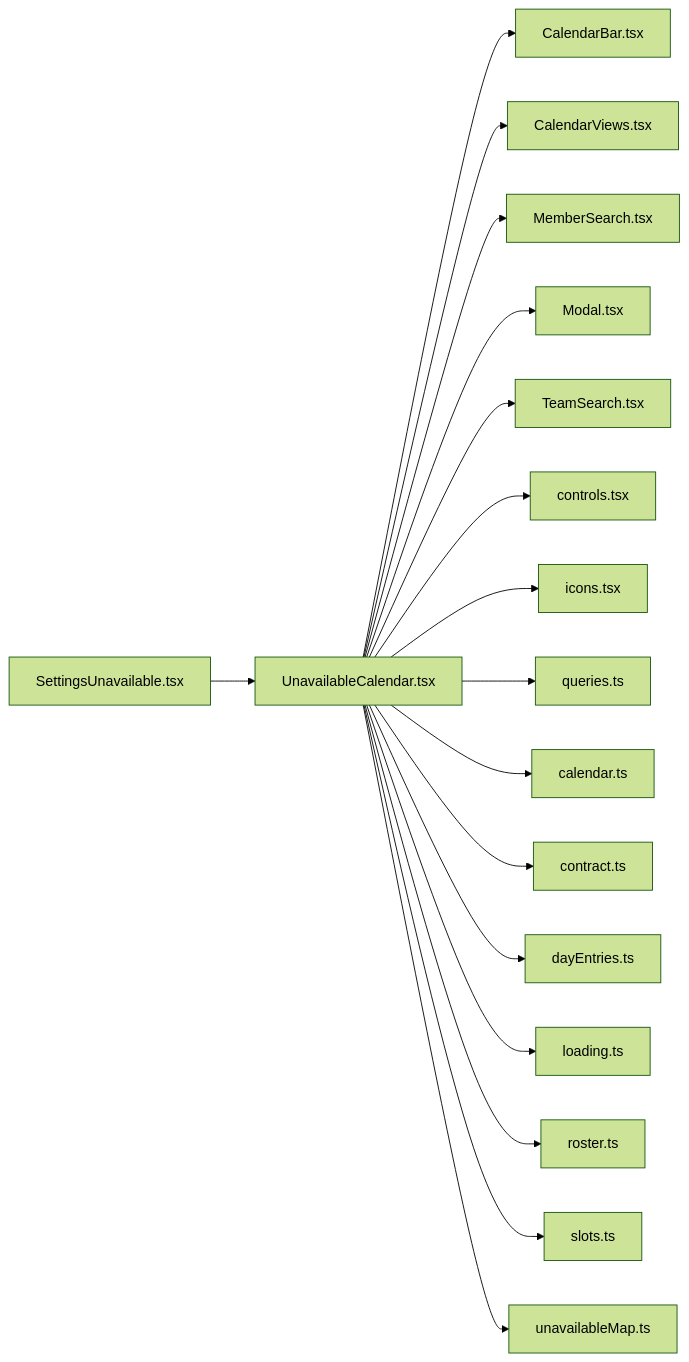
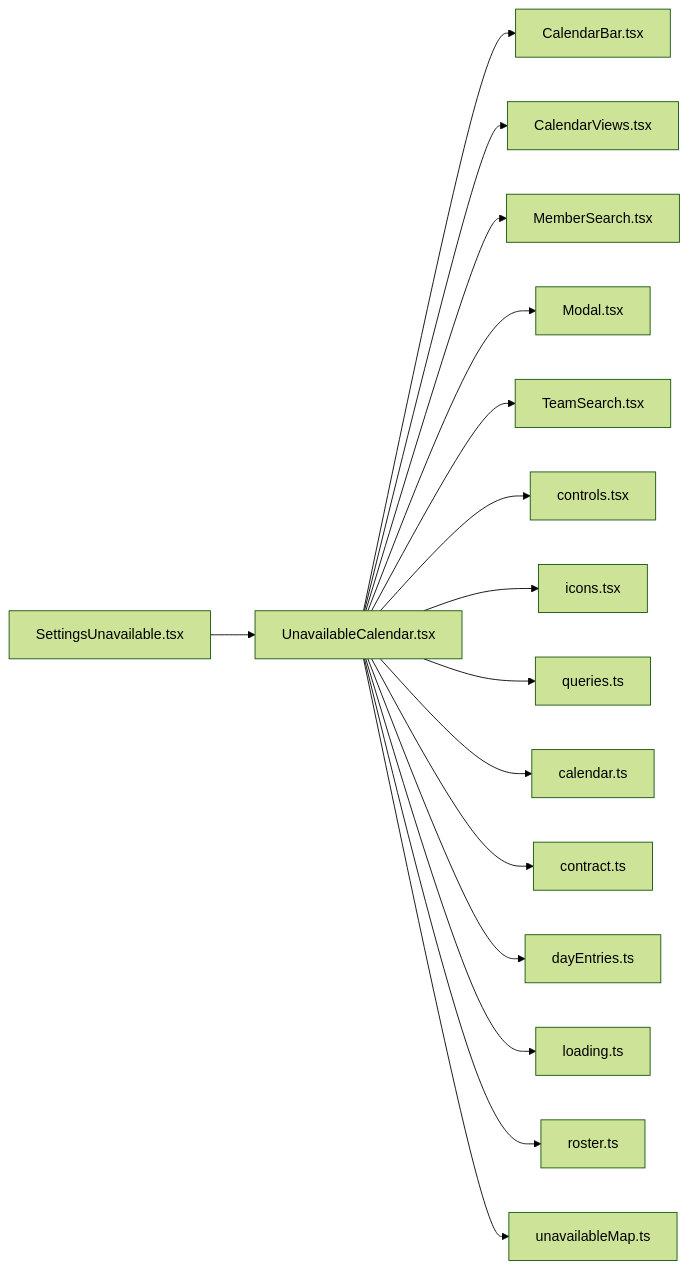
The diagram in .cluedoc/graph/frontend/src/routes/UnavailableCalendar.md (minkong-dev/Banblit), drawn with Mermaid (forest theme) before and after one commit. The commit also changed other lines of this file and 15 other files, not shown here.

First line of the commit message:
frontend: open a day timeline modal from the unavailable calendar

````diff
--- a/.cluedoc/graph/frontend/src/routes/UnavailableCalendar.md
+++ b/.cluedoc/graph/frontend/src/routes/UnavailableCalendar.md
@@ -10,20 +10,19 @@
 ```mermaid
 flowchart LR
   frontend_src_routes_UnavailableCalendar["UnavailableCalendar.tsx"]
   frontend_src_routes_UnavailableCalendar --> frontend_src_components_CalendarBar["CalendarBar.tsx"]
   frontend_src_routes_UnavailableCalendar --> frontend_src_components_CalendarViews["CalendarViews.tsx"]
   frontend_src_routes_UnavailableCalendar --> frontend_src_components_MemberSearch["MemberSearch.tsx"]
   frontend_src_routes_UnavailableCalendar --> frontend_src_components_Modal["Modal.tsx"]
   frontend_src_routes_UnavailableCalendar --> frontend_src_components_TeamSearch["TeamSearch.tsx"]
   frontend_src_routes_UnavailableCalendar --> frontend_src_components_controls["controls.tsx"]
   frontend_src_routes_UnavailableCalendar --> frontend_src_components_icons["icons.tsx"]
   frontend_src_routes_UnavailableCalendar --> frontend_src_components_queries["queries.ts"]
   frontend_src_routes_UnavailableCalendar --> frontend_src_lib_calendar["calendar.ts"]
   frontend_src_routes_UnavailableCalendar --> frontend_src_lib_contract["contract.ts"]
   frontend_src_routes_UnavailableCalendar --> frontend_src_lib_dayEntries["dayEntries.ts"]
   frontend_src_routes_UnavailableCalendar --> frontend_src_lib_loading["loading.ts"]
   frontend_src_routes_UnavailableCalendar --> frontend_src_lib_roster["roster.ts"]
-  frontend_src_routes_UnavailableCalendar --> frontend_src_lib_slots["slots.ts"]
   frontend_src_routes_UnavailableCalendar --> frontend_src_lib_unavailableMap["unavailableMap.ts"]
   frontend_src_routes_SettingsUnavailable["SettingsUnavailable.tsx"] --> frontend_src_routes_UnavailableCalendar
 ```
````
